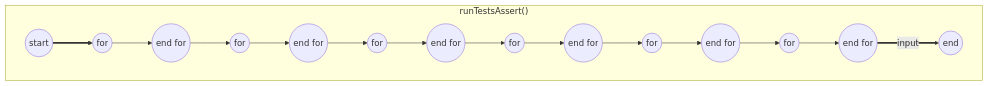
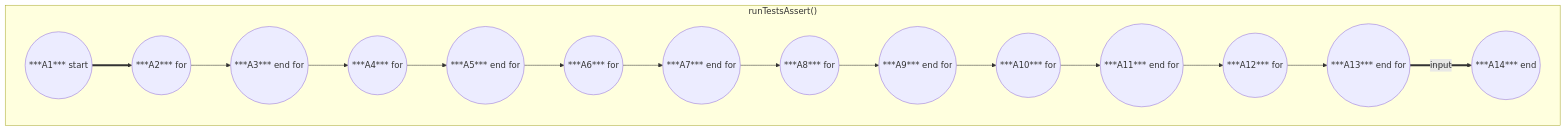
The first of 8 diagrams in Walkthrough.md (AlbelNox/EAN-Progamm), drawn with Mermaid before and after one commit. The commit also changed other lines of this file, not shown here.

First line of the commit message:
Amend Controll flow graphs with identifikators per field

````diff
--- a/Walkthrough.md
+++ b/Walkthrough.md
@@ -94,18 +94,18 @@
 ```mermaid
 graph TD
 subgraph "runTestsAssert()"
-A((start)) ==> B((for))
-B --> C((end for))
-C --> D((for))
-D --> E((end for))
-E --> F((for))
-F --> G((end for))
-G --> H((for))
-H --> I((end for))
-I --> J((for))
-J --> K((end for))
-K --> L((for))
-L --> M((end for))
-M ==>|input| N((end))
+A((***A1*** start)) ==> B((***A2*** for))
+B --> C((***A3*** end for))
+C --> D((***A4*** for))
+D --> E((***A5*** end for))
+E --> F((***A6*** for))
+F --> G((***A7*** end for))
+G --> H((***A8*** for))
+H --> I((***A9*** end for))
+I --> J((***A10*** for))
+J --> K((***A11*** end for))
+K --> L((***A12*** for))
+L --> M((***A13*** end for))
+M ==>|input| N((***A14*** end))
 end
 ```
````
